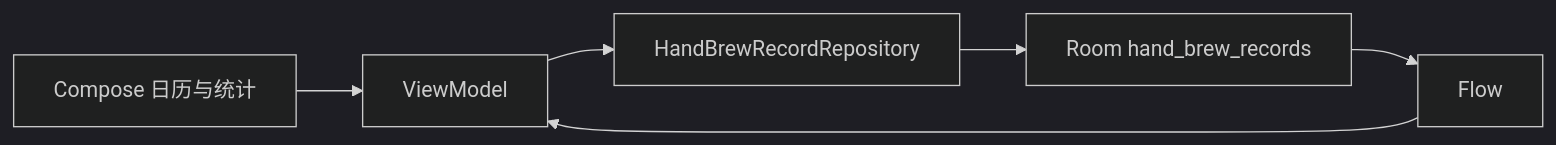
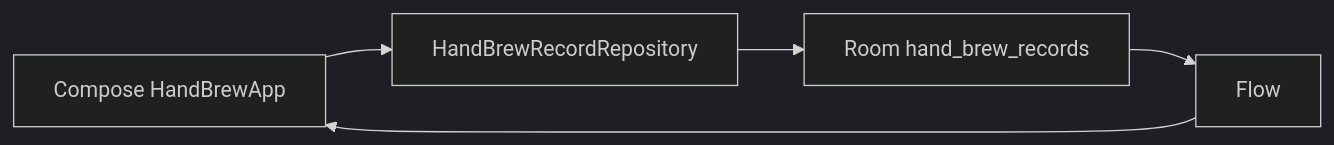
The diagram in docs/ARCHITECTURE.md (LitaoG/daily-record-app), drawn with Mermaid (dark theme) before and after one commit. The commit also changed other lines of this file and 19 other files, not shown here.

Commit message:
docs: close hand-brew implementation handoff

````diff
--- a/docs/ARCHITECTURE.md
+++ b/docs/ARCHITECTURE.md
@@ -12,8 +12,7 @@
 ```mermaid
 flowchart LR
-    UI[Compose 日历与统计] --> VM[ViewModel]
-    VM --> REPO[HandBrewRecordRepository]
+    UI[Compose HandBrewApp] --> REPO[HandBrewRecordRepository]
     REPO --> ROOM[Room hand_brew_records]
     ROOM --> FLOW[Flow]
-    FLOW --> VM
+    FLOW --> UI
 ```
````
